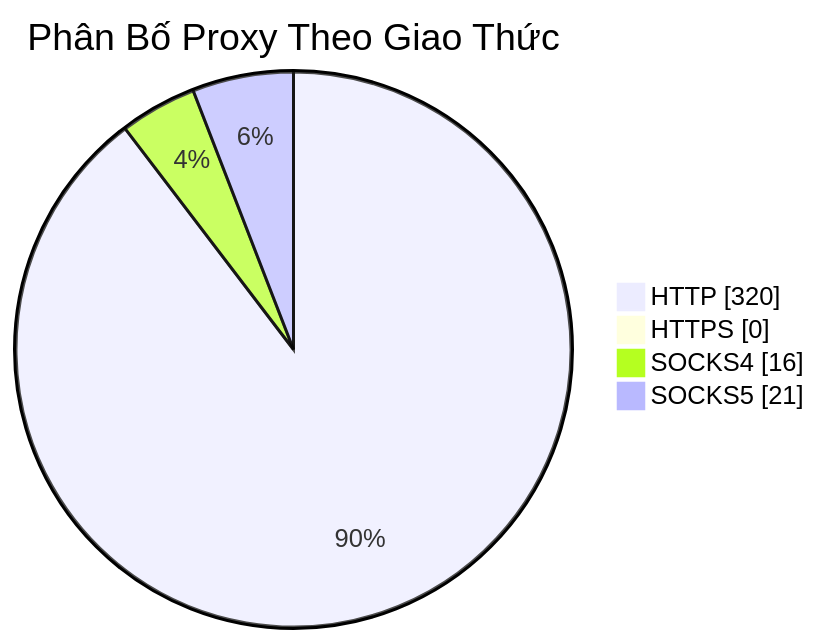
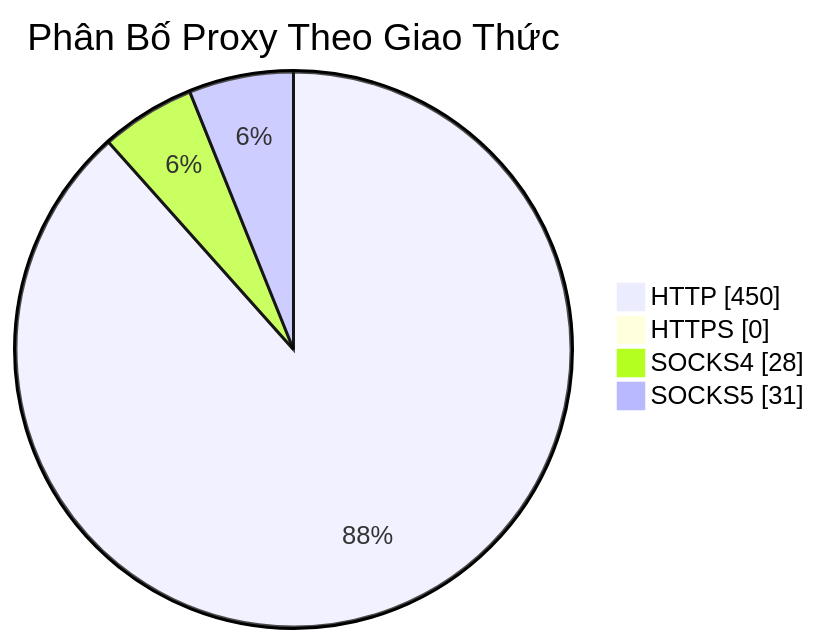
Before and after one commit to Ciara-Aa/PROXY-free: the diagram in README.md, drawn with Mermaid. The commit also changed other lines of this file and 3 other files, not shown here.

````diff
--- a/README.md
+++ b/README.md
@@ -26,7 +26,7 @@
 ```mermaid
 pie showData title Phân Bố Proxy Theo Giao Thức
-    "HTTP" : 320
+    "HTTP" : 450
     "HTTPS" : 0
-    "SOCKS4" : 16
-    "SOCKS5" : 21
+    "SOCKS4" : 28
+    "SOCKS5" : 31
 ```
````
